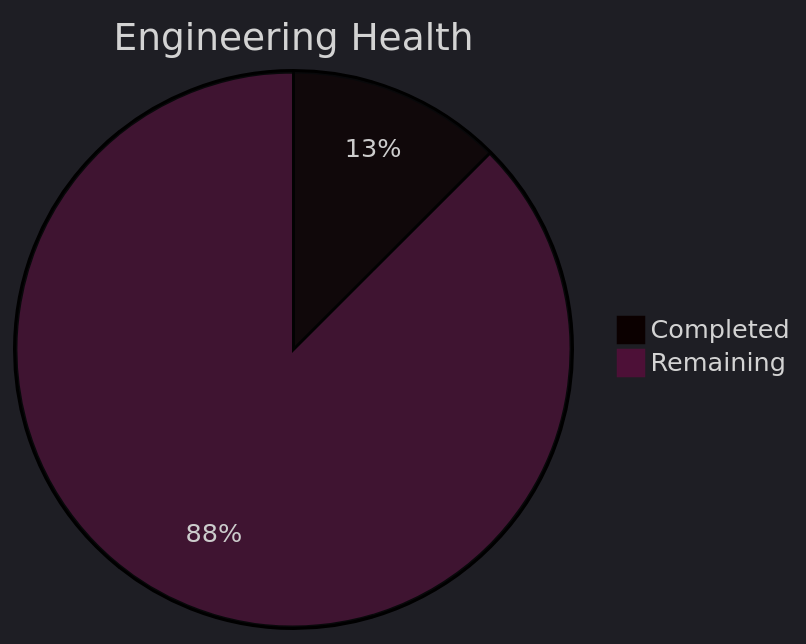
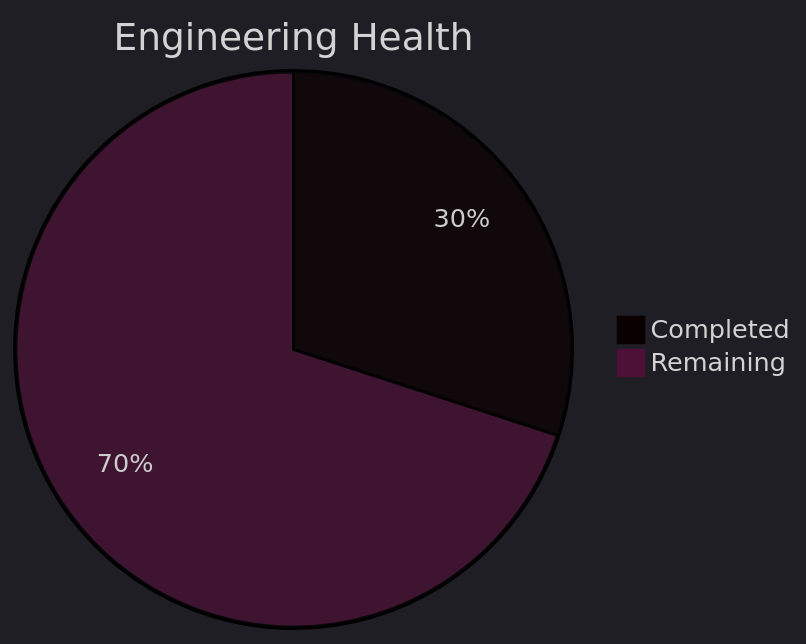
One commit to Neogleamz/SK8Lytz changed the third of 5 diagrams in tools/SK8Lytz_Bucket_List.md. Above: the diagram before and after it, drawn with Mermaid. The commit also changed other lines of this file, not shown here.

````diff
--- a/tools/SK8Lytz_Bucket_List.md
+++ b/tools/SK8Lytz_Bucket_List.md
@@ -35,6 +40,6 @@
 ```mermaid
 %%{init: {'theme': 'dark'}}%%
 pie title Engineering Health
-  "Completed" : 1
+  "Completed" : 3
   "Remaining" : 7
 ```
````
